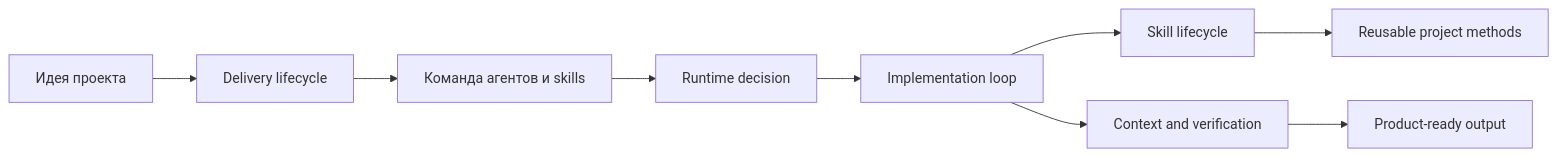
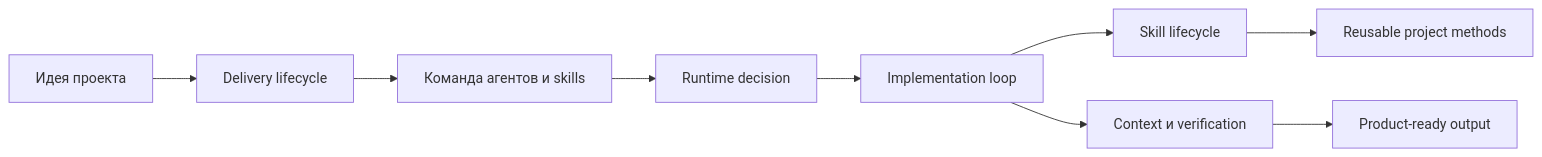
The diagram in docs/diagrams/index.md (alexroadcaster/product-agent-os), drawn with Mermaid before and after one commit. The commit also changed 447 other files, not shown here.

````diff
--- a/docs/diagrams/index.md
+++ b/docs/diagrams/index.md
@@ -31,11 +31,11 @@
 ```mermaid
 flowchart LR
     A["Идея проекта"] --> B["Delivery lifecycle"]
     B --> C["Команда агентов и skills"]
     C --> D["Runtime decision"]
     D --> E["Implementation loop"]
     E --> F["Skill lifecycle"]
-    E --> G["Context and verification"]
+    E --> G["Context и verification"]
     F --> H["Reusable project methods"]
     G --> I["Product-ready output"]
 ```
````
